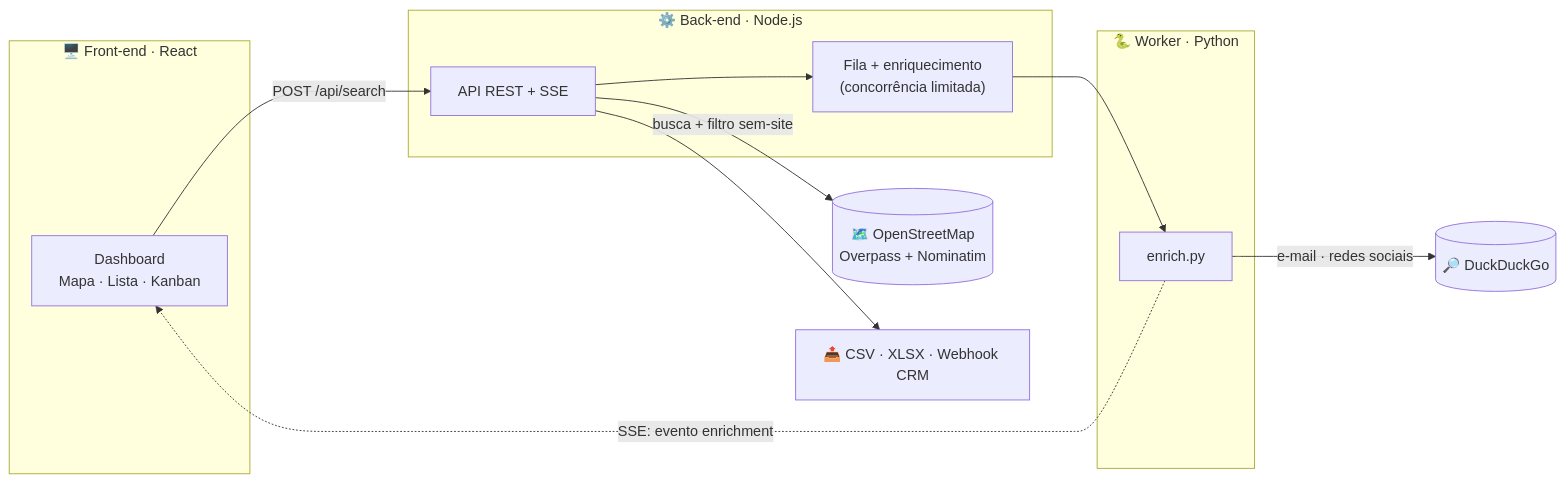
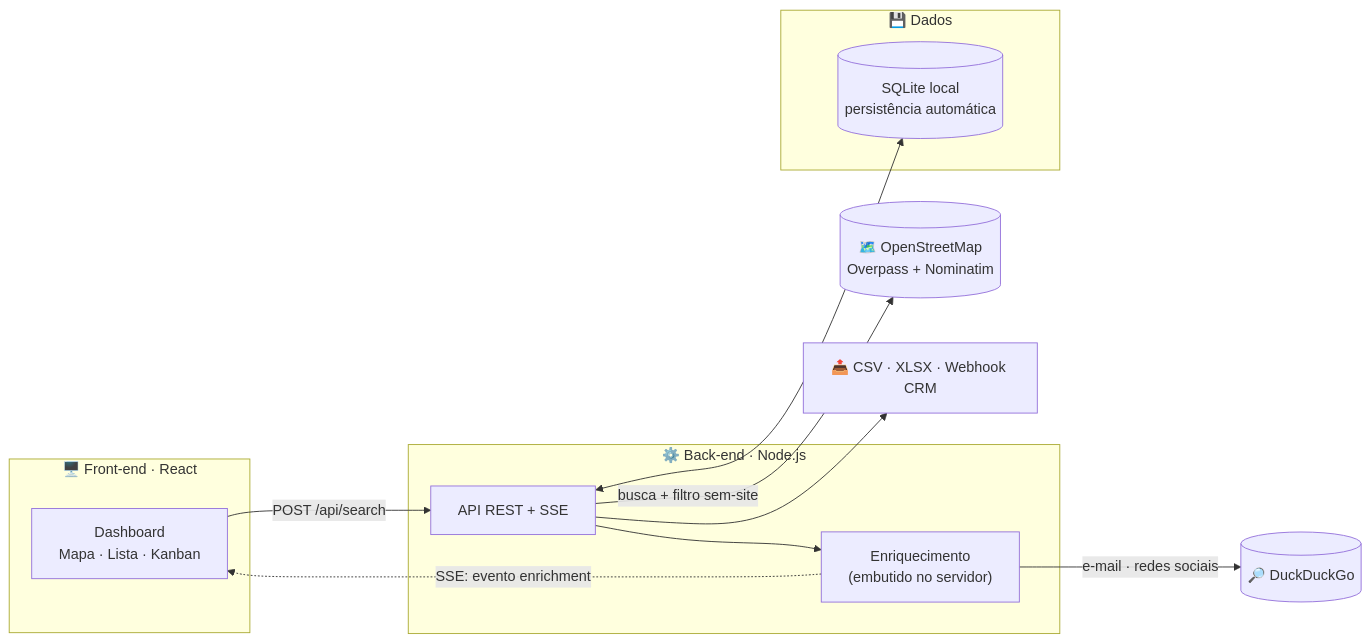
The diagram in README.md (d1g4odev/caca-cliente), drawn with Mermaid before and after one commit. The commit also changed other lines of this file and 22 other files, not shown here.

````diff
--- a/README.md
+++ b/README.md
@@ -205,23 +231,24 @@
 ```mermaid
 flowchart LR
     subgraph FE["🖥️ Front-end · React"]
         UI["Dashboard<br/>Mapa · Lista · Kanban"]
     end
     subgraph BE["⚙️ Back-end · Node.js"]
         API["API REST + SSE"]
-        Q["Fila + enriquecimento<br/>(concorrência limitada)"]
+        ENR["Enriquecimento<br/>(embutido no servidor)"]
     end
-    subgraph PY["🐍 Worker · Python"]
-        ENR["enrich.py"]
+    subgraph DB["💾 Dados"]
+        SQLITE[("SQLite local<br/>persistência automática")]
     end
     OSM[("🗺️ OpenStreetMap<br/>Overpass + Nominatim")]
     DDG[("🔎 DuckDuckGo")]
     OUT["📤 CSV · XLSX · Webhook CRM"]
 
     UI -->|"POST /api/search"| API
     API -->|"busca + filtro sem-site"| OSM
-    API --> Q --> ENR
+    API --> ENR
     ENR -->|"e-mail · redes sociais"| DDG
     ENR -.->|"SSE: evento enrichment"| UI
+    API <--> SQLITE
     API --> OUT
 ```
````
